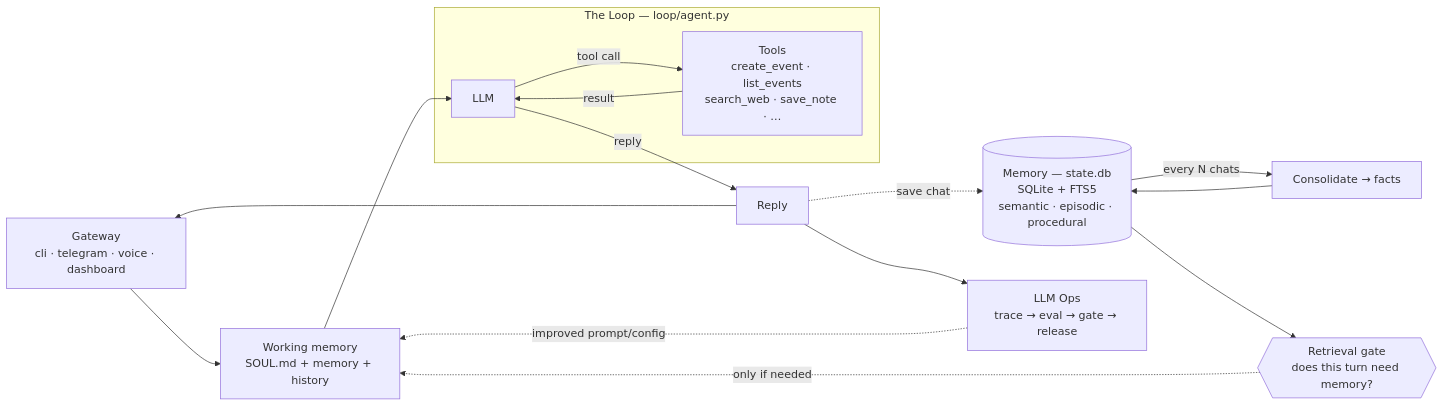
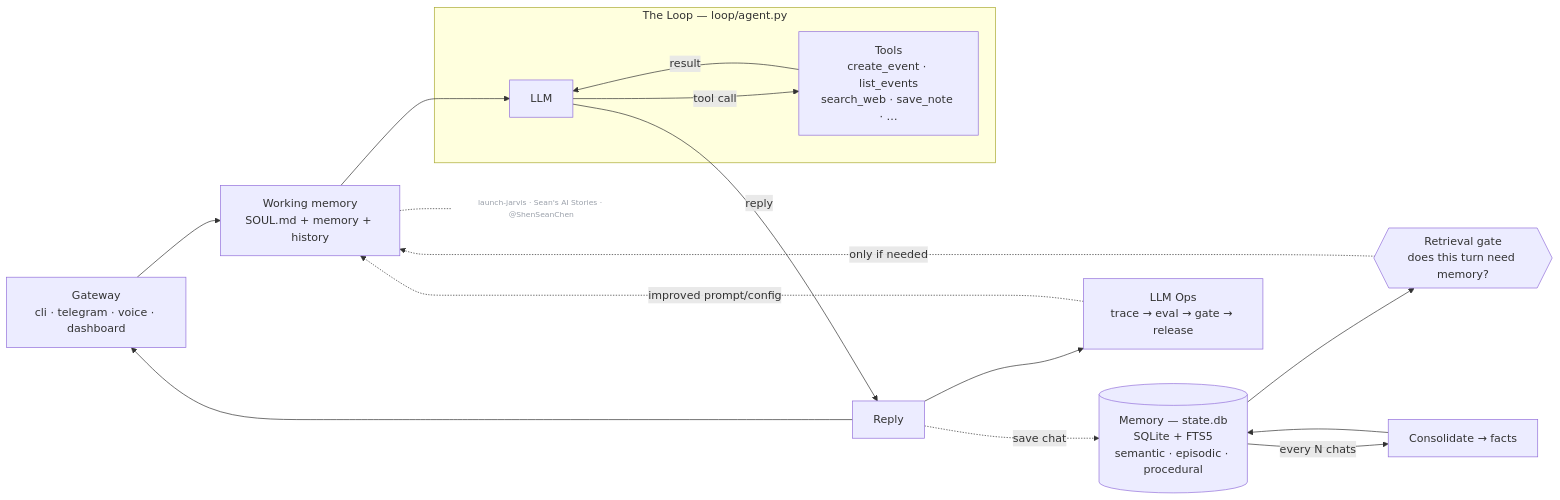
Before and after one commit to qiqiqia777/mini-hermes: the diagram in README.md, drawn with Mermaid. The commit also changed other lines of this file, not shown here.

Commit message:
Watermark the architecture diagram + README (channel attribution, CC BY-NC-SA for the diagram)

````diff
--- a/README.md
+++ b/README.md
@@ -77,16 +77,18 @@
 ```mermaid
 flowchart LR
   GW["Gateway<br/>cli · telegram · voice · dashboard"] --> WM["Working memory<br/>SOUL.md + memory + history"]
   WM --> LLM
   subgraph LOOP["The Loop — loop/agent.py"]
     LLM["LLM"] -->|tool call| TOOLS["Tools<br/>create_event · list_events<br/>search_web · save_note · …"]
     TOOLS -->|result| LLM
   end
   LLM -->|reply| REPLY["Reply"] --> GW
   GATE{{"Retrieval gate<br/>does this turn need memory?"}} -. only if needed .-> WM
   MEM[("Memory — state.db<br/>SQLite + FTS5<br/>semantic · episodic · procedural")] --> GATE
   REPLY -. save chat .-> MEM
   MEM -->|every N chats| CONS["Consolidate → facts"] --> MEM
   REPLY --> OPS["LLM Ops<br/>trace → eval → gate → release"]
   OPS -. improved prompt/config .-> WM
+  WM -.- WATERMARK["launch-jarvis · Sean's AI Stories · @ShenSeanChen"]:::wm
+  classDef wm fill:none,stroke:none,color:#9aa0aa,font-size:11px;
 ```
````
